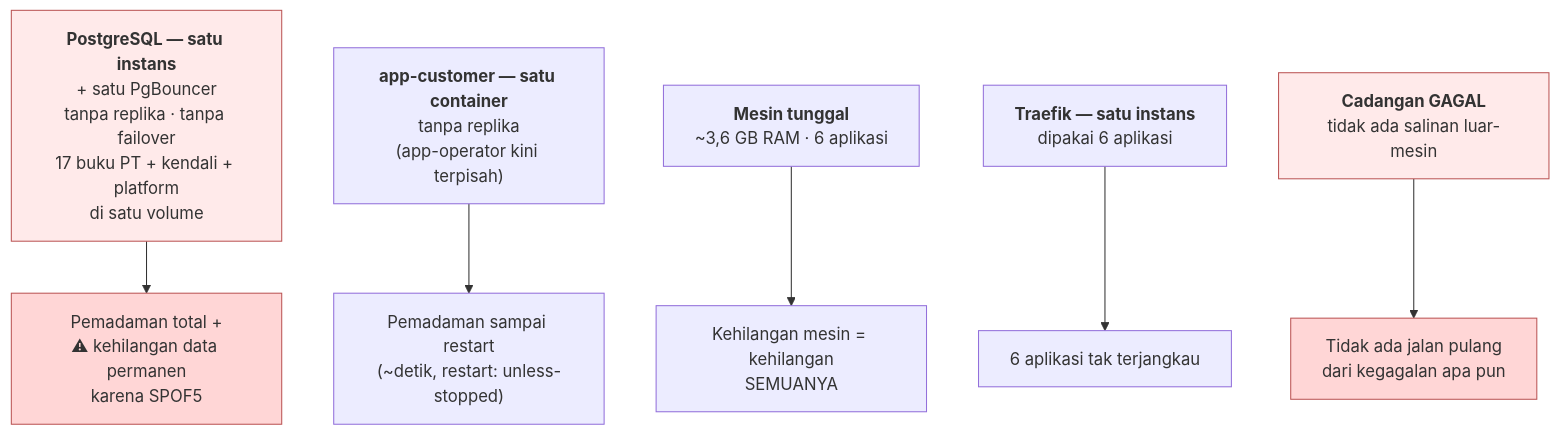
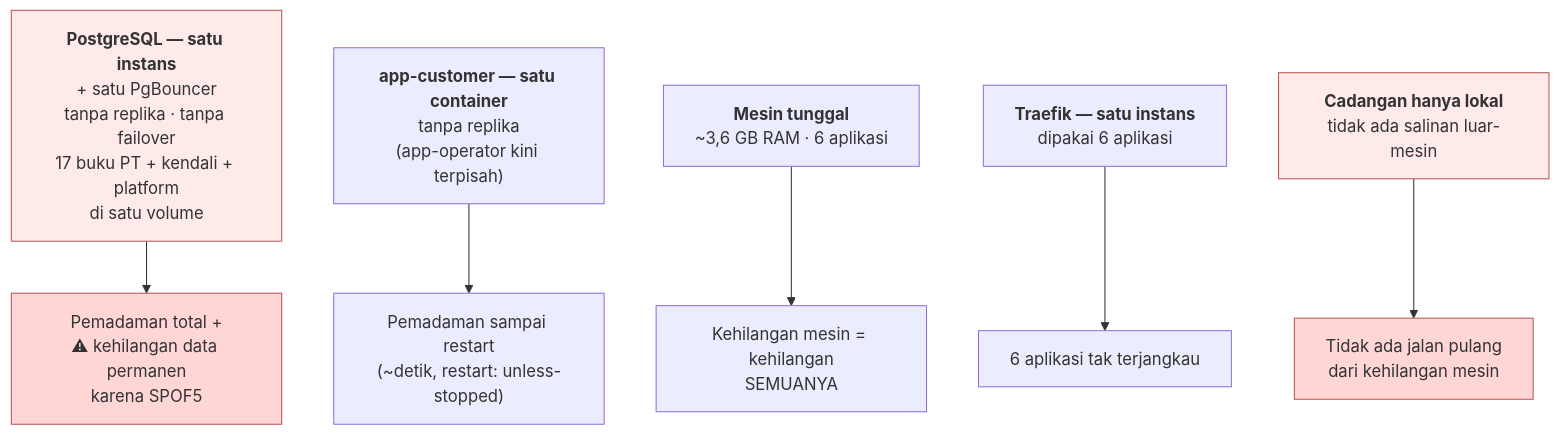
Before and after one commit to tri-evendi/sai-accounting: the fourth of 4 diagrams in docs/arsitektur/04-DEPENDENSI-INTEGRASI.md, drawn with Mermaid. The commit also changed other lines of this file and 43 other files, not shown here.

````diff
--- a/docs/arsitektur/04-DEPENDENSI-INTEGRASI.md
+++ b/docs/arsitektur/04-DEPENDENSI-INTEGRASI.md
@@ -283,19 +280,19 @@
 ```mermaid
 graph TD
     SPOF1["<b>PostgreSQL — satu instans</b><br/>+ satu PgBouncer<br/>tanpa replika · tanpa failover<br/>17 buku PT + kendali + platform<br/>di satu volume"]
     SPOF2["<b>app-customer — satu container</b><br/>tanpa replika<br/>(app-operator kini terpisah)"]
     SPOF3["<b>Mesin tunggal</b><br/>~3,6 GB RAM · 6 aplikasi"]
     SPOF4["<b>Traefik — satu instans</b><br/>dipakai 6 aplikasi"]
-    SPOF5["<b>Cadangan GAGAL</b><br/>tidak ada salinan luar-mesin"]
+    SPOF5["<b>Cadangan hanya lokal</b><br/>tidak ada salinan luar-mesin"]
 
     SPOF1 --> I1["Pemadaman total +<br/>⚠ kehilangan data permanen<br/>karena SPOF5"]
     SPOF2 --> I2["Pemadaman sampai restart<br/>(~detik, restart: unless-stopped)"]
     SPOF3 --> I3["Kehilangan mesin = kehilangan<br/>SEMUANYA"]
     SPOF4 --> I4["6 aplikasi tak terjangkau"]
-    SPOF5 --> I5["Tidak ada jalan pulang<br/>dari kegagalan apa pun"]
+    SPOF5 --> I5["Tidak ada jalan pulang<br/>dari kehilangan mesin"]
 
     style SPOF1 fill:#ffeaea,stroke:#b55
     style SPOF5 fill:#ffeaea,stroke:#b55
     style I1 fill:#ffd6d6,stroke:#b55
     style I5 fill:#ffd6d6,stroke:#b55
 ```
````
